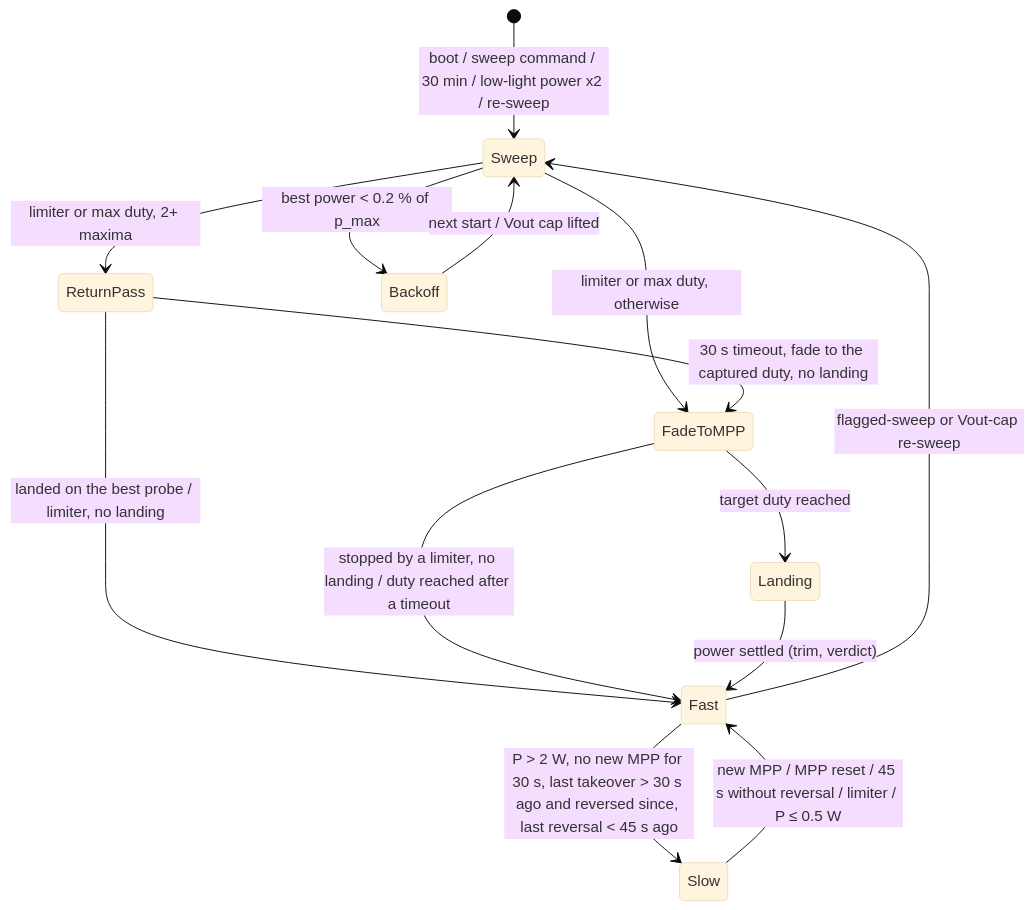
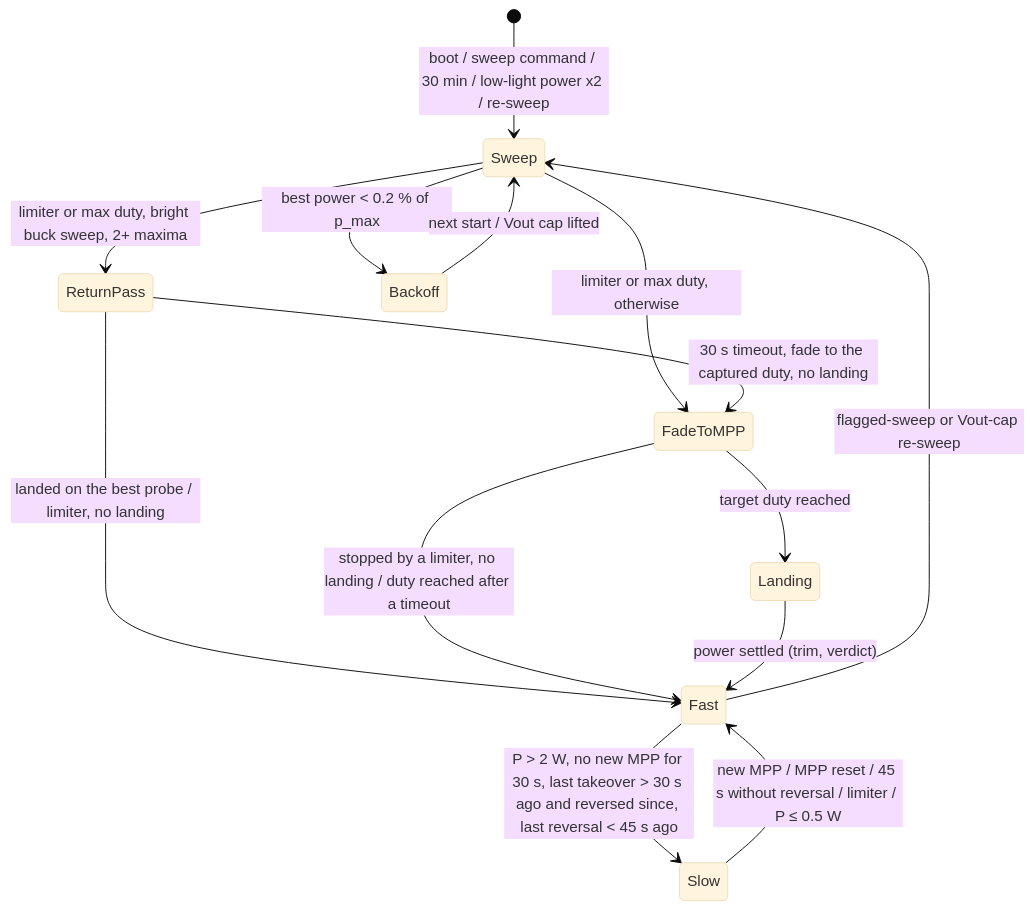
One commit to fl4p/fugu-mppt-firmware changed the first of 2 diagrams in website/docs/internals/mppt-tracker.md. Above: the diagram before and after it, drawn with Mermaid (base theme). The commit also changed other lines of this file and 1 other file, not shown here.

Commit message:
docs: MPP tracker and DCM ringing review fixes: rect_offset moves LS turn-off toward the zero crossing, ring amplitude after an HS pulse, burst mode rings once per burst, return pass only on bright buck sweeps, brighter-landing re-sweep, pv_substrings overwrite case, numbered references

````diff
--- a/website/docs/internals/mppt-tracker.md
+++ b/website/docs/internals/mppt-tracker.md
@@ -38,16 +38,16 @@
 ```mermaid
 stateDiagram-v2
     [*] --> Sweep: boot / sweep command / 30 min / low-light power x2 / re-sweep
-    Sweep --> ReturnPass: limiter or max duty, 2+ maxima
+    Sweep --> ReturnPass: limiter or max duty, bright buck sweep, 2+ maxima
     Sweep --> FadeToMPP: limiter or max duty, otherwise
     Sweep --> Backoff: best power < 0.2 % of p_max
     ReturnPass --> Fast: landed on the best probe / limiter, no landing
     ReturnPass --> FadeToMPP: 30 s timeout, fade to the captured duty, no landing
     FadeToMPP --> Landing: target duty reached
     FadeToMPP --> Fast: stopped by a limiter, no landing / duty reached after a timeout
     Landing --> Fast: power settled (trim, verdict)
     Fast --> Slow: P > 2 W, no new MPP for 30 s, last takeover > 30 s ago and reversed since, last reversal < 45 s ago
     Slow --> Fast: new MPP / MPP reset / 45 s without reversal / limiter / P ≤ 0.5 W
     Fast --> Sweep: flagged-sweep or Vout-cap re-sweep
     Backoff --> Sweep: next start / Vout cap lifted
 ```
````
